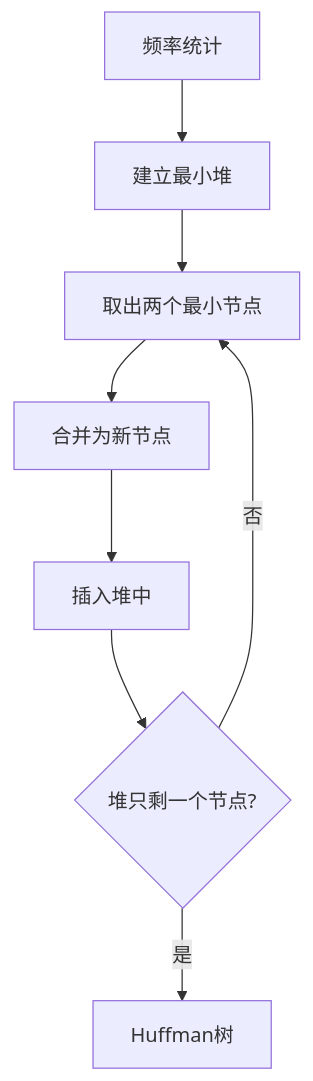
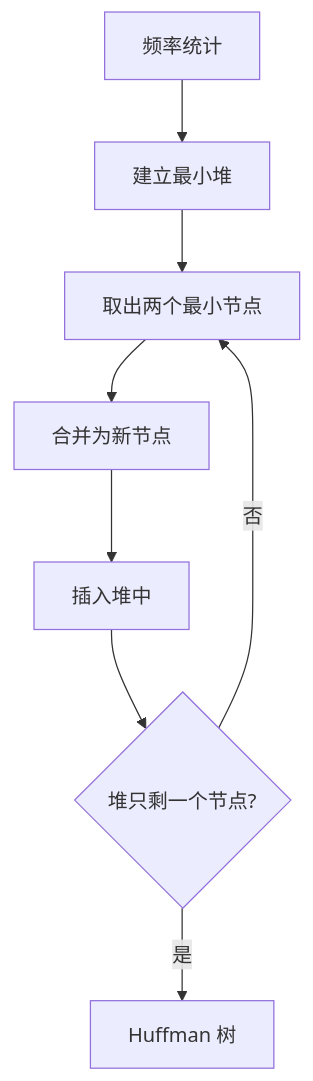
Before and after one commit to Tianshang301/TianshangKnowledgeBase: the third of 3 diagrams in 05_ComputerScience/DataStructuresAndAlgorithms/HeapsAndPriorityQueues.md, drawn with Mermaid. The commit also changed other lines of this file and 2257 other files, not shown here.

````diff
--- a/05_ComputerScience/DataStructuresAndAlgorithms/HeapsAndPriorityQueues.md
+++ b/05_ComputerScience/DataStructuresAndAlgorithms/HeapsAndPriorityQueues.md
@@ -124,10 +126,10 @@
 ```mermaid
 flowchart TD
     A["频率统计"] --> B["建立最小堆"]
     B --> C["取出两个最小节点"]
     C --> D["合并为新节点"]
     D --> E["插入堆中"]
     E --> F{"堆只剩一个节点?"}
     F -->|否| C
-    F -->|是| G["Huffman树"]
+    F -->|是| G["Huffman 树"]
 ```
````
